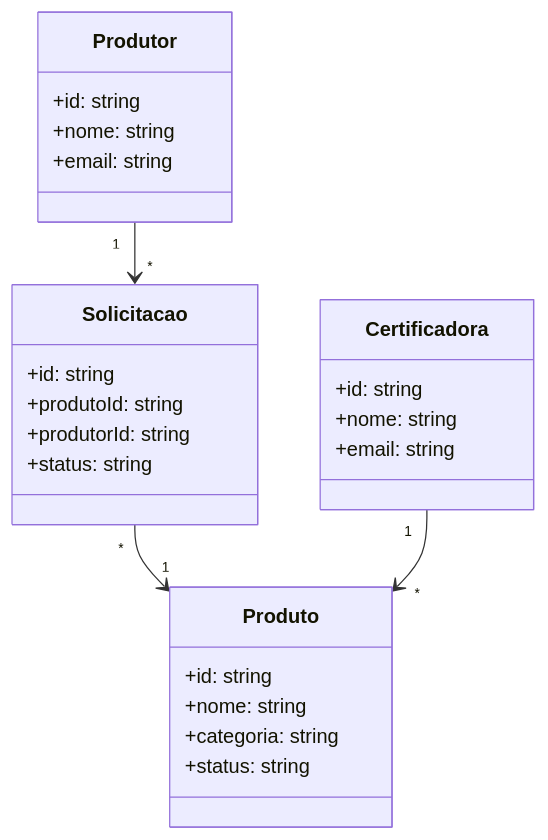
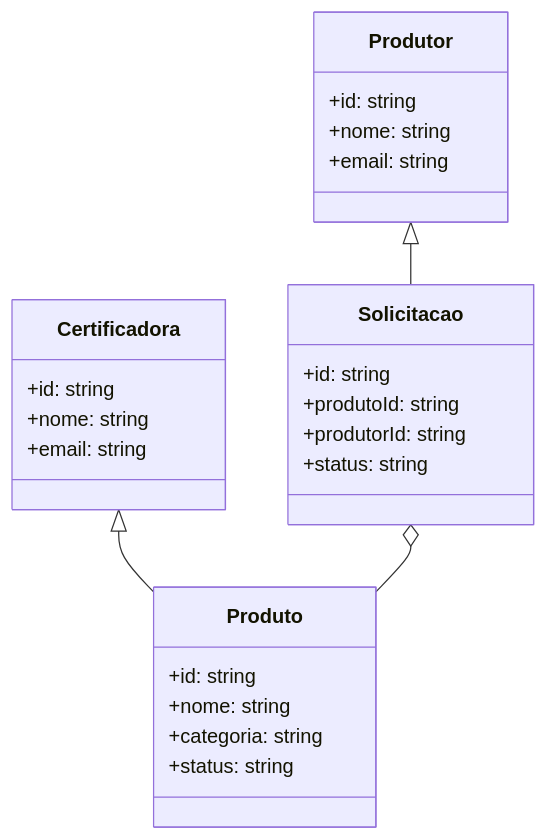
The second of 3 diagrams in docs/GUIA_ORGANICO_DOCUMENTACAO.md (J0aoD3v/Guia-Organico), drawn with Mermaid before and after one commit. The commit also changed other lines of this file, not shown here.

````diff
--- a/docs/GUIA_ORGANICO_DOCUMENTACAO.md
+++ b/docs/GUIA_ORGANICO_DOCUMENTACAO.md
@@ -98,32 +104,33 @@
 ```mermaid
+%% Diagrama de Classes
 classDiagram
+Produtor <|-- Solicitacao
+Certificadora <|-- Produto
+Solicitacao o-- Produto
+
 class Produtor {
 	+id: string
 	+nome: string
 	+email: string
 }
 
 class Certificadora {
 	+id: string
 	+nome: string
 	+email: string
 }
 
 class Produto {
 	+id: string
 	+nome: string
 	+categoria: string
 	+status: string
 }
 
 class Solicitacao {
 	+id: string
 	+produtoId: string
 	+produtorId: string
 	+status: string
 }
-
-Produtor "1" --> "*" Solicitacao
-Solicitacao "*" --> "1" Produto
-Certificadora "1" --> "*" Produto
 ```
````
